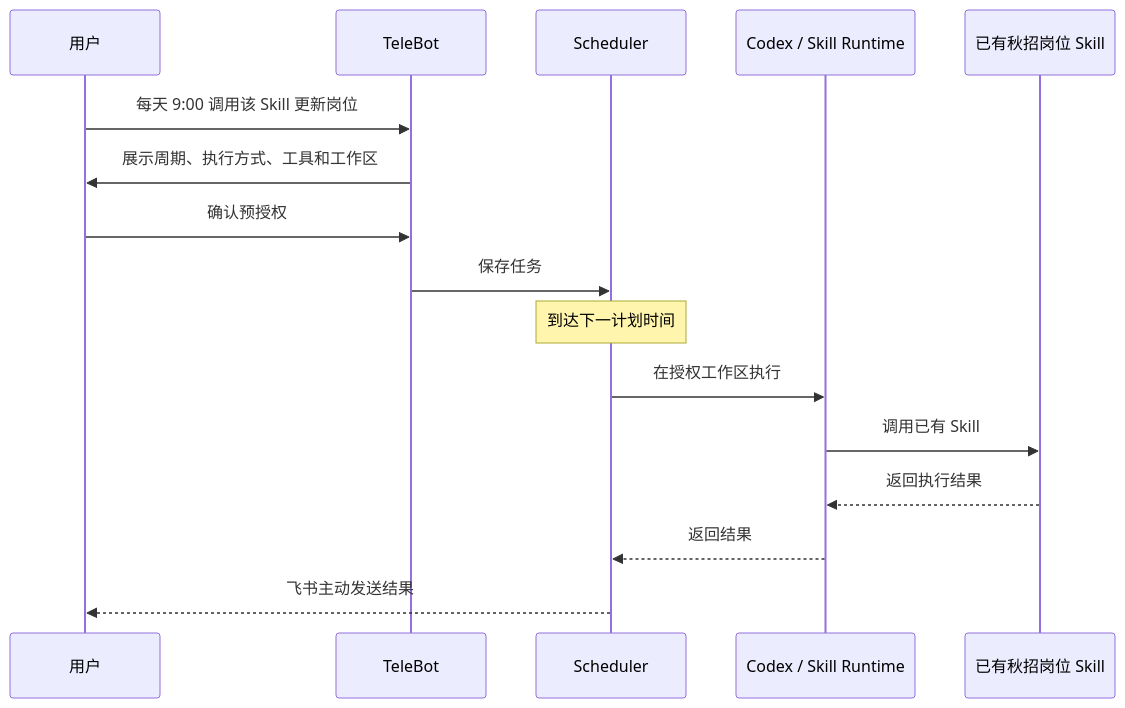
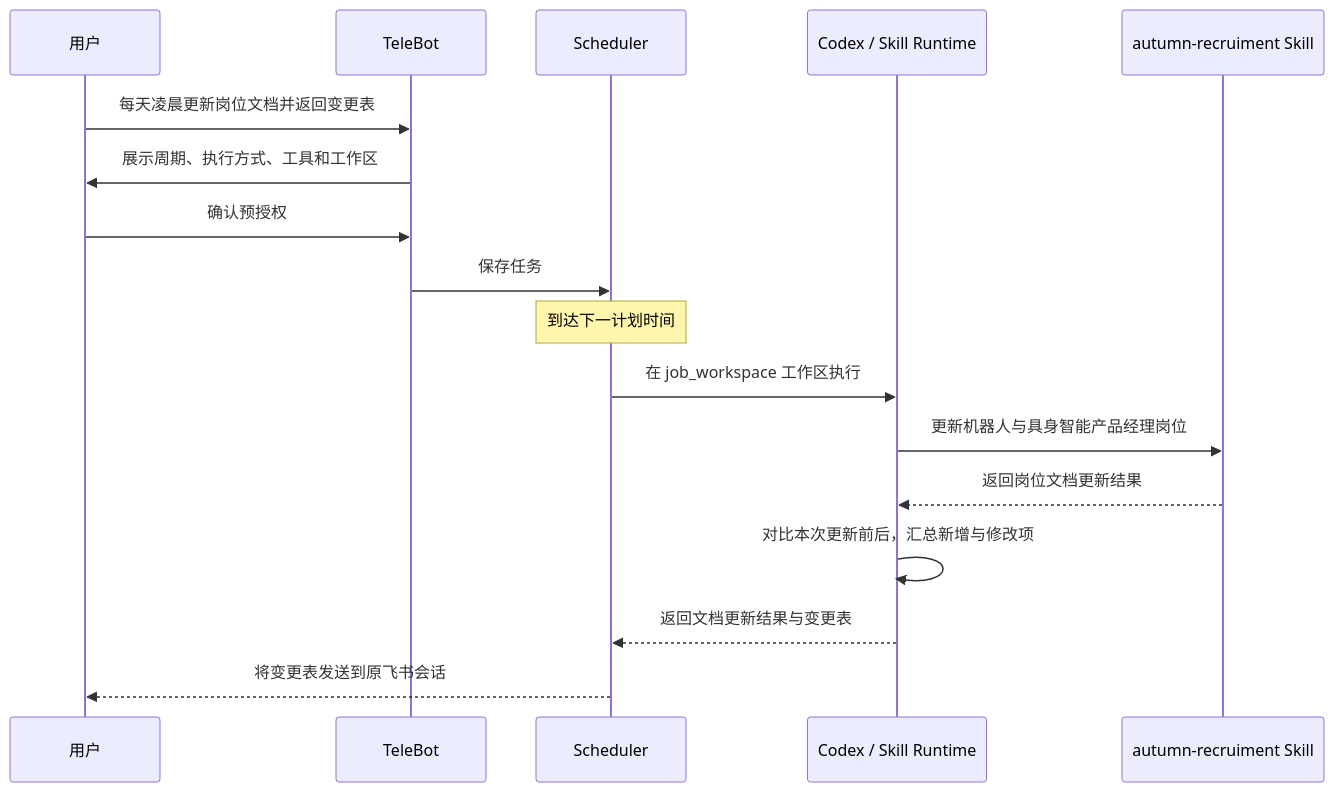
One commit to kari-leo/windborne-blog changed the seventh of 7 diagrams in src/content/projectDocuments/telebot/telebot-scheduled-prd.md. Above: the diagram before and after it, drawn with Mermaid. The commit also changed other lines of this file and 8 other files, not shown here.

````diff
--- a/src/content/projectDocuments/telebot/telebot-scheduled-prd.md
+++ b/src/content/projectDocuments/telebot/telebot-scheduled-prd.md
@@ -467,20 +474,21 @@
 ```mermaid
 sequenceDiagram
     participant U as 用户
     participant T as TeleBot
     participant S as Scheduler
     participant C as Codex / Skill Runtime
-    participant K as 已有秋招岗位 Skill
+    participant K as autumn-recruiment Skill
 
-    U->>T: 每天 9:00 调用该 Skill 更新岗位
+    U->>T: 每天凌晨更新岗位文档并返回变更表
     T->>U: 展示周期、执行方式、工具和工作区
     U->>T: 确认预授权
     T->>S: 保存任务
 
     Note over S: 到达下一计划时间
-    S->>C: 在授权工作区执行
-    C->>K: 调用已有 Skill
-    K-->>C: 返回执行结果
-    C-->>S: 返回结果
-    S-->>U: 飞书主动发送结果
+    S->>C: 在 job_workspace 工作区执行
+    C->>K: 更新机器人与具身智能产品经理岗位
+    K-->>C: 返回岗位文档更新结果
+    C->>C: 对比本次更新前后，汇总新增与修改项
+    C-->>S: 返回文档更新结果与变更表
+    S-->>U: 将变更表发送到原飞书会话
 ```
````
